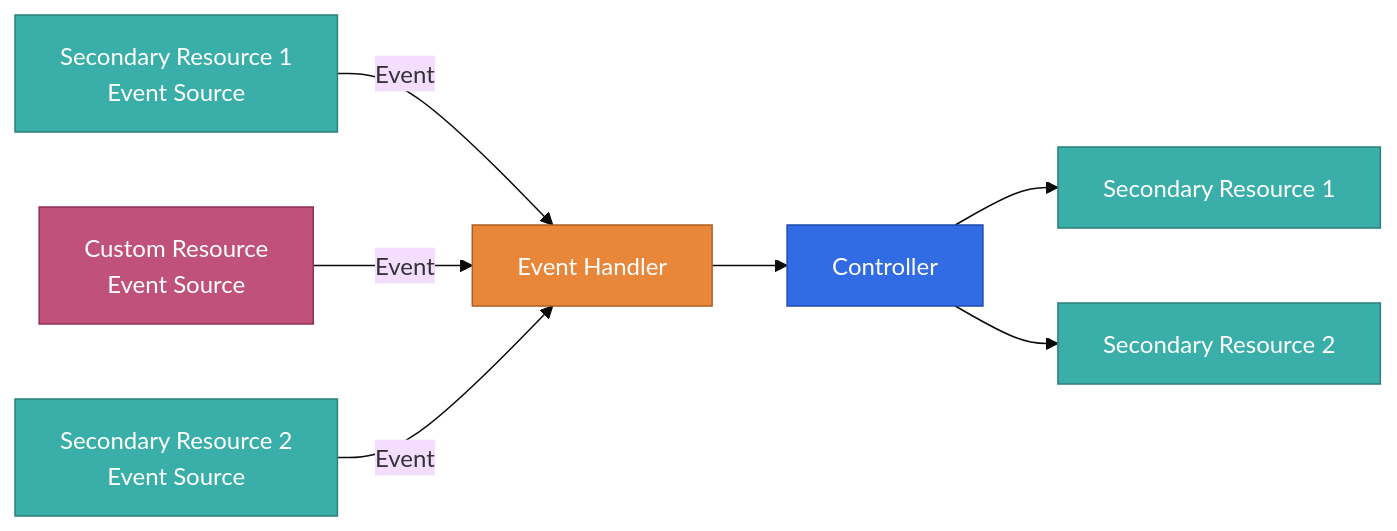
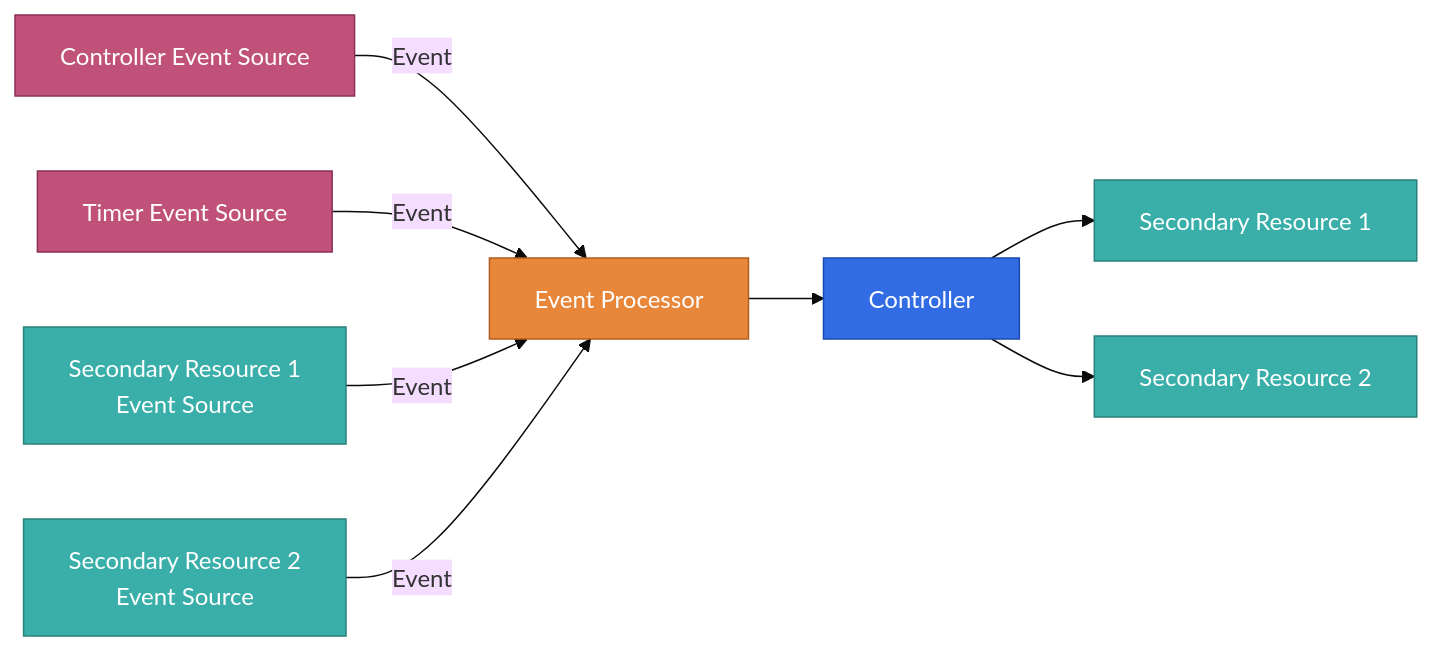
Before and after one commit to operator-framework/java-operator-sdk: the first of 2 diagrams in docs/content/en/docs/documentation/eventing.md, drawn with Mermaid (base theme). The commit also changed other lines of this file, not shown here.

Commit message:
docs(eventing): refresh page content and add event source hierarchy

````diff
--- a/docs/content/en/docs/documentation/eventing.md
+++ b/docs/content/en/docs/documentation/eventing.md
@@ -26,18 +27,18 @@
 ```mermaid
 graph LR
+    CES["Controller Event Source"]:::primary -- Event --> EP["Event Processor"]:::handler
+    TES["Timer Event Source"]:::primary -- Event --> EP
     SR1ES["Secondary Resource 1
-    Event Source"]:::eventsource -- Event --> EH["Event Handler"]:::handler
-    CRES["Custom Resource
-    Event Source"]:::primary -- Event --> EH
+    Event Source"]:::eventsource -- Event --> EP
     SR2ES["Secondary Resource 2
-    Event Source"]:::eventsource -- Event --> EH
-    EH --> C["Controller"]:::controller
+    Event Source"]:::eventsource -- Event --> EP
+    EP --> C["Controller"]:::controller
     C --> SR1["Secondary Resource 1"]:::secondary
     C --> SR2["Secondary Resource 2"]:::secondary
 
     classDef eventsource fill:#3AAFA9,stroke:#2B807B,color:#fff
     classDef primary fill:#C0527A,stroke:#8C3057,color:#fff
     classDef handler fill:#E8873A,stroke:#B05E1F,color:#fff
     classDef controller fill:#326CE5,stroke:#1A4AAF,color:#fff
     classDef secondary fill:#3AAFA9,stroke:#2B807B,color:#fff
 ```
````
